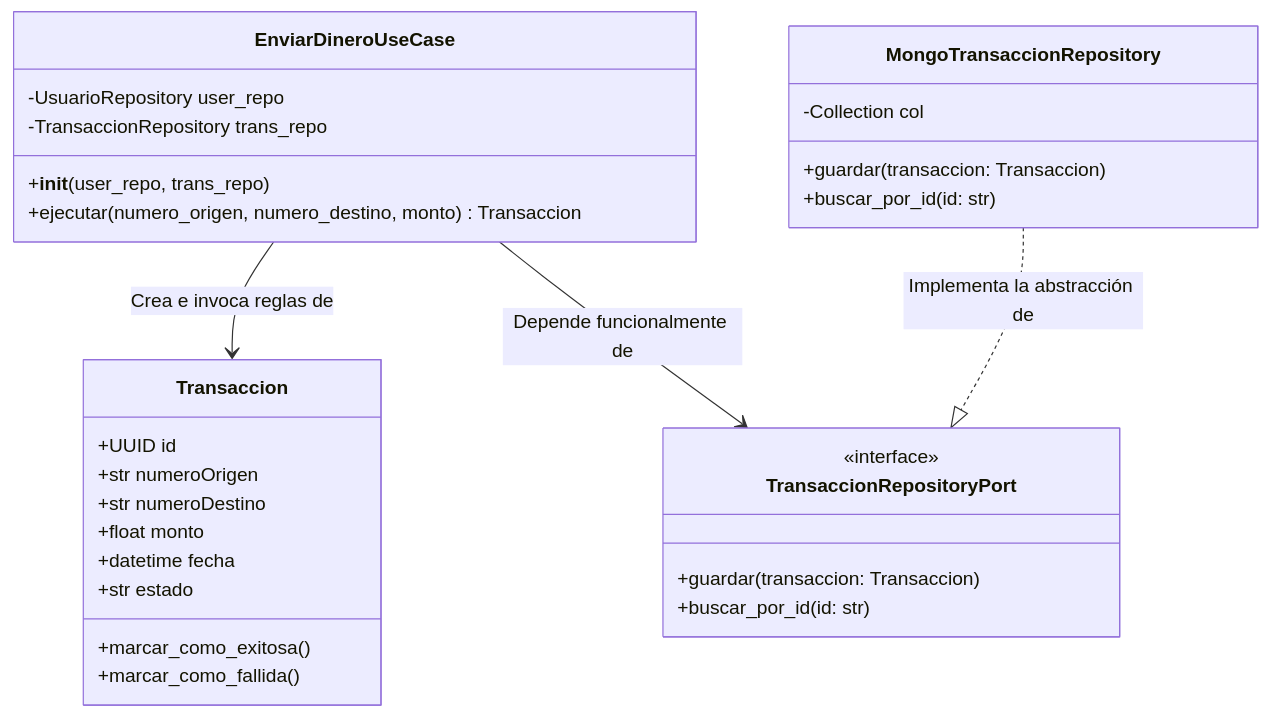
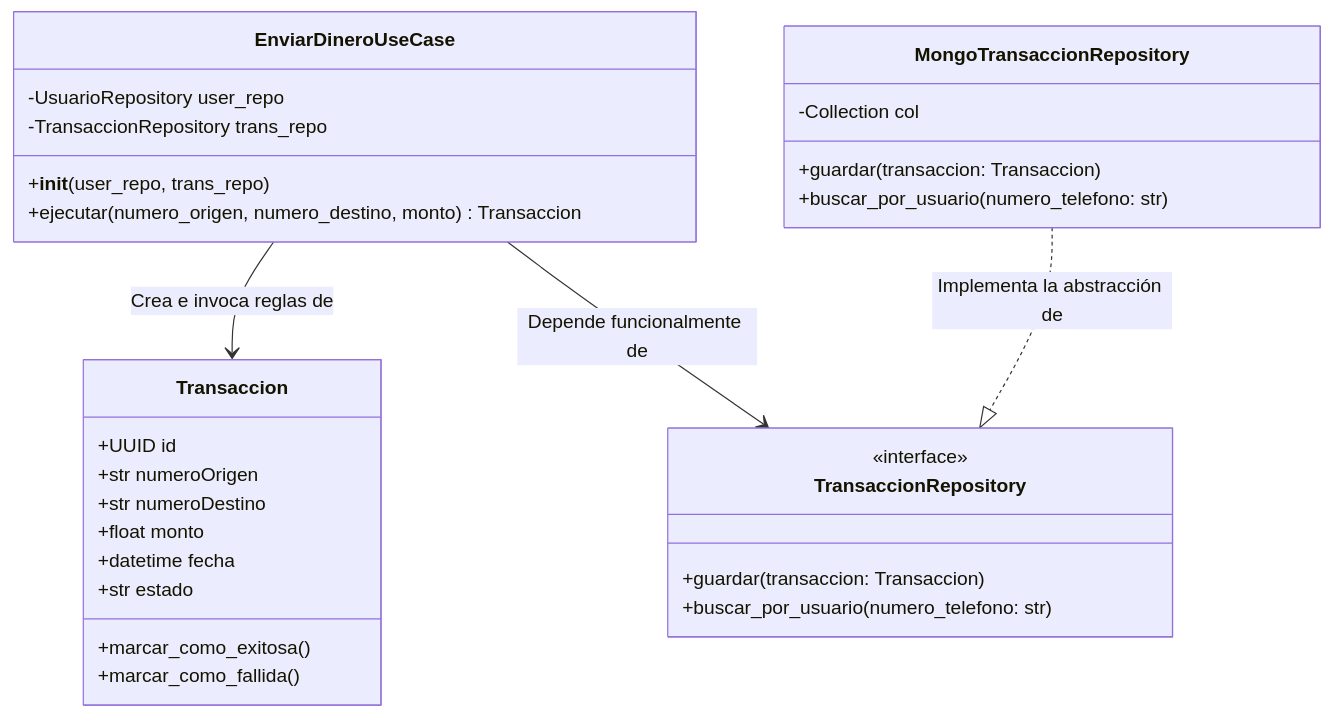
Before and after one commit to andres-gerena-itc/NequiZ_Project: the fourth of 4 diagrams in ARQUITECTURA.md, drawn with Mermaid. The commit also changed other lines of this file and 5 other files, not shown here.

````diff
--- a/ARQUITECTURA.md
+++ b/ARQUITECTURA.md
@@ -178,36 +228,36 @@
 ```mermaid
 classDiagram
     class Transaccion {
         +UUID id
         +str numeroOrigen
         +str numeroDestino
         +float monto
         +datetime fecha
         +str estado
         +marcar_como_exitosa()
         +marcar_como_fallida()
     }
 
     class EnviarDineroUseCase {
         -UsuarioRepository user_repo
         -TransaccionRepository trans_repo
         +__init__(user_repo, trans_repo)
         +ejecutar(numero_origen, numero_destino, monto) Transaccion
     }
 
-    class TransaccionRepositoryPort {
+    class TransaccionRepository {
         <<interface>>
         +guardar(transaccion: Transaccion)
-        +buscar_por_id(id: str)
+        +buscar_por_usuario(numero_telefono: str)
     }
     
     class MongoTransaccionRepository {
         -Collection col
         +guardar(transaccion: Transaccion)
-        +buscar_por_id(id: str)
+        +buscar_por_usuario(numero_telefono: str)
     }
 
     EnviarDineroUseCase --> Transaccion : Crea e invoca reglas de
-    EnviarDineroUseCase --> TransaccionRepositoryPort : Depende funcionalmente de
-    MongoTransaccionRepository ..|> TransaccionRepositoryPort : Implementa la abstracción de
+    EnviarDineroUseCase --> TransaccionRepository : Depende funcionalmente de
+    MongoTransaccionRepository ..|> TransaccionRepository : Implementa la abstracción de
 ```
````
